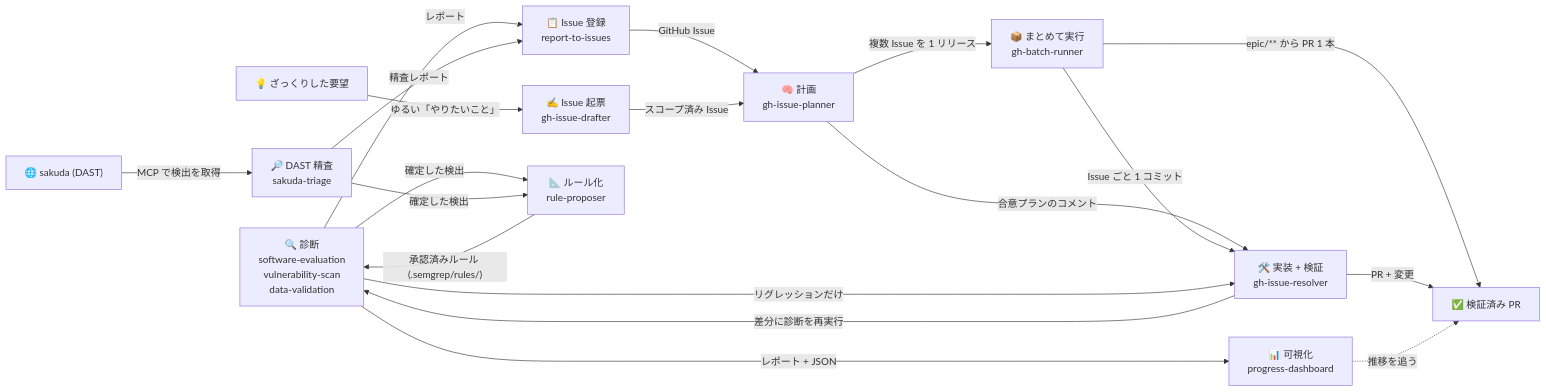
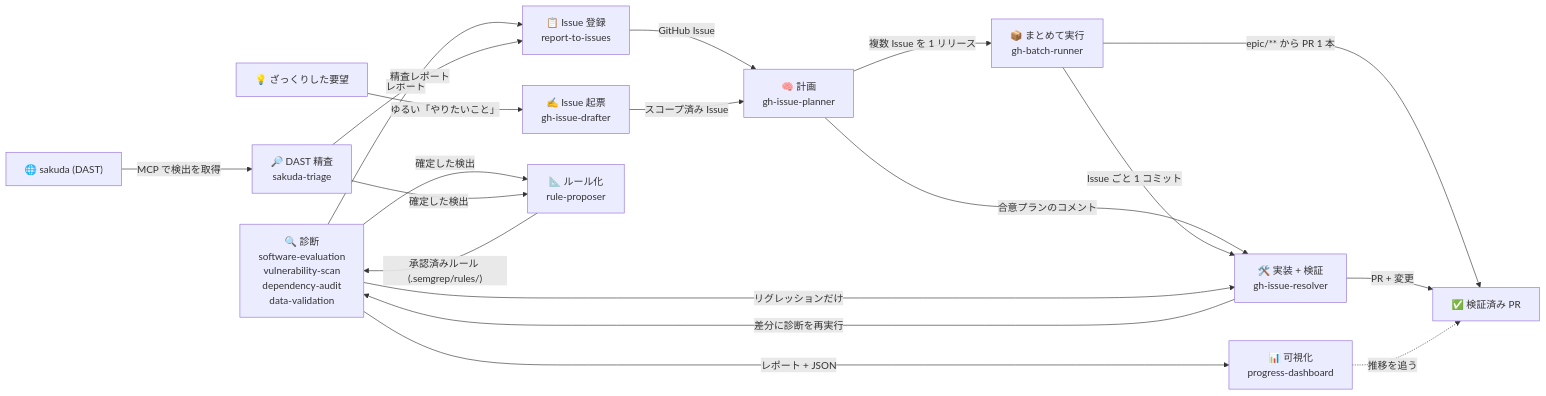
The diagram in README.ja.md (northraystudio/maruda), drawn with Mermaid before and after one commit. The commit also changed other lines of this file and 9 other files, not shown here.

First line of the commit message:
feat(#40): split the dependency audit out of vulnerability-scan into dependency-audit

````diff
--- a/README.ja.md
+++ b/README.ja.md
@@ -93,31 +94,31 @@
 ```mermaid
 graph LR
-    Diagnose["🔍 診断<br/>software-evaluation<br/>vulnerability-scan<br/>data-validation"]
+    Diagnose["🔍 診断<br/>software-evaluation<br/>vulnerability-scan<br/>dependency-audit<br/>data-validation"]
     Visualize["📊 可視化<br/>progress-dashboard"]
     Register["📋 Issue 登録<br/>report-to-issues"]
     Draft["✍️ Issue 起票<br/>gh-issue-drafter"]
     Plan["🧠 計画<br/>gh-issue-planner"]
     Resolve["🛠️ 実装 + 検証<br/>gh-issue-resolver"]
     Batch["📦 まとめて実行<br/>gh-batch-runner"]
     Rules["📐 ルール化<br/>rule-proposer"]
     Triage["🔎 DAST 精査<br/>sakuda-triage"]
 
     Idea["💡 ざっくりした要望"] -- "ゆるい「やりたいこと」" --> Draft
     Diagnose -- "レポート + JSON" --> Visualize
     Diagnose -- "レポート" --> Register
     Diagnose -- "確定した検出" --> Rules
     Rules -- "承認済みルール (.semgrep/rules/)" --> Diagnose
     Sakuda["🌐 sakuda (DAST)"] -- "MCP で検出を取得" --> Triage
     Triage -- "精査レポート" --> Register
     Triage -- "確定した検出" --> Rules
     Register -- "GitHub Issue" --> Plan
     Draft -- "スコープ済み Issue" --> Plan
     Plan -- "合意プランのコメント" --> Resolve
     Plan -- "複数 Issue を 1 リリース" --> Batch
     Batch -- "Issue ごと 1 コミット" --> Resolve
     Batch -- "epic/** から PR 1 本" --> Done
     Resolve -- "差分に診断を再実行" --> Diagnose
     Diagnose -- "リグレッションだけ" --> Resolve
     Resolve -- "PR + 変更" --> Done["✅ 検証済み PR"]
     Visualize -. "推移を追う" .-> Done
 ```
````
